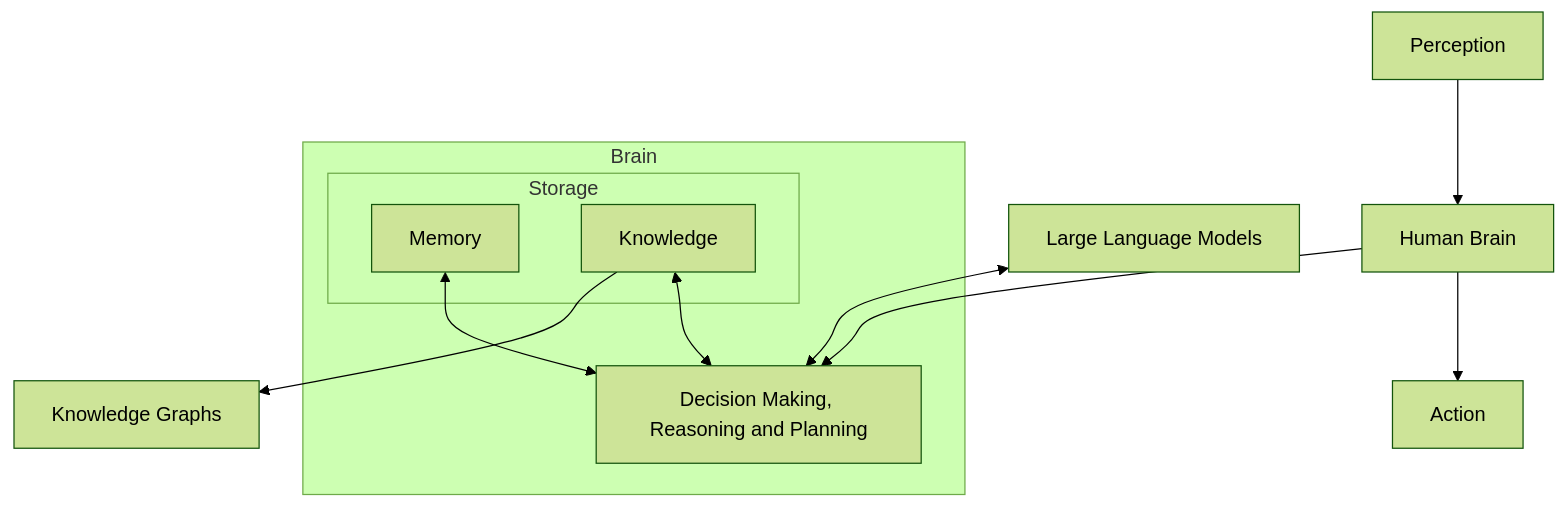
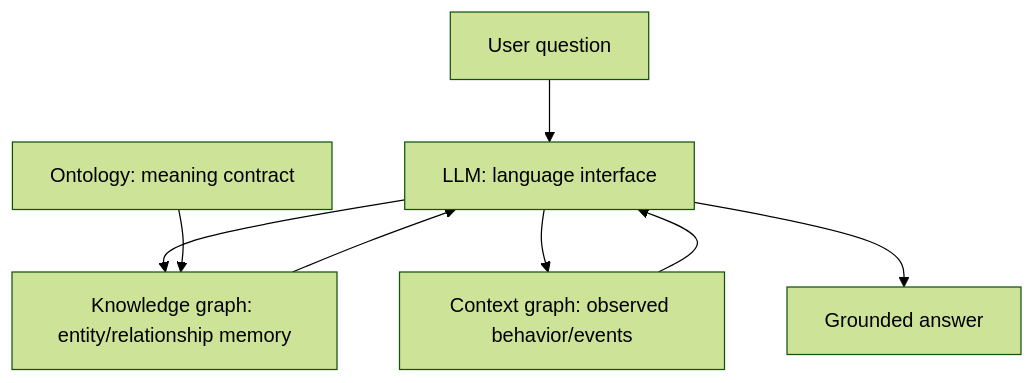
The diagram in slides/section-4-practical-takeaways/slide-15-final-takeaway.md (michaeltandecki/knowledge-graphs-and-llms), drawn with Mermaid (forest theme) before and after one commit. The commit also changed other lines of this file and 14 other files, not shown here.

```diff
--- a/slides/section-4-practical-takeaways/slide-15-final-takeaway.md
+++ b/slides/section-4-practical-takeaways/slide-15-final-takeaway.md
@@ -5,24 +5,17 @@
 <pre class="mermaid">
 flowchart TB
-  subgraph brain [Brain]
-    subgraph storage [Storage]
-      Memory[Memory]
-      Knowledge[Knowledge]
-    end
-    DM["Decision Making, Reasoning and Planning"]
-  end
+  U[User question]
+  LLM[LLM: language interface]
+  KG[Knowledge graph: entity/relationship memory]
+  ONT[Ontology: meaning contract]
+  CTX[Context graph: observed behavior/events]
+  A[Grounded answer]
 
-  LLM[Large Language Models]
-  KG[Knowledge Graphs]
-  Perception[Perception]
-  Action[Action]
-  Nexus[Human Brain]
-
-  LLM <--> DM
-  Knowledge --> KG
-  Perception --> Nexus
-  Nexus --> Action
-  Nexus --> DM
-  Memory <--> DM
-  Knowledge <--> DM
+  U --> LLM
+  LLM --> KG
+  LLM --> CTX
+  ONT --> KG
+  KG --> LLM
+  CTX --> LLM
+  LLM --> A
 </pre>
```
